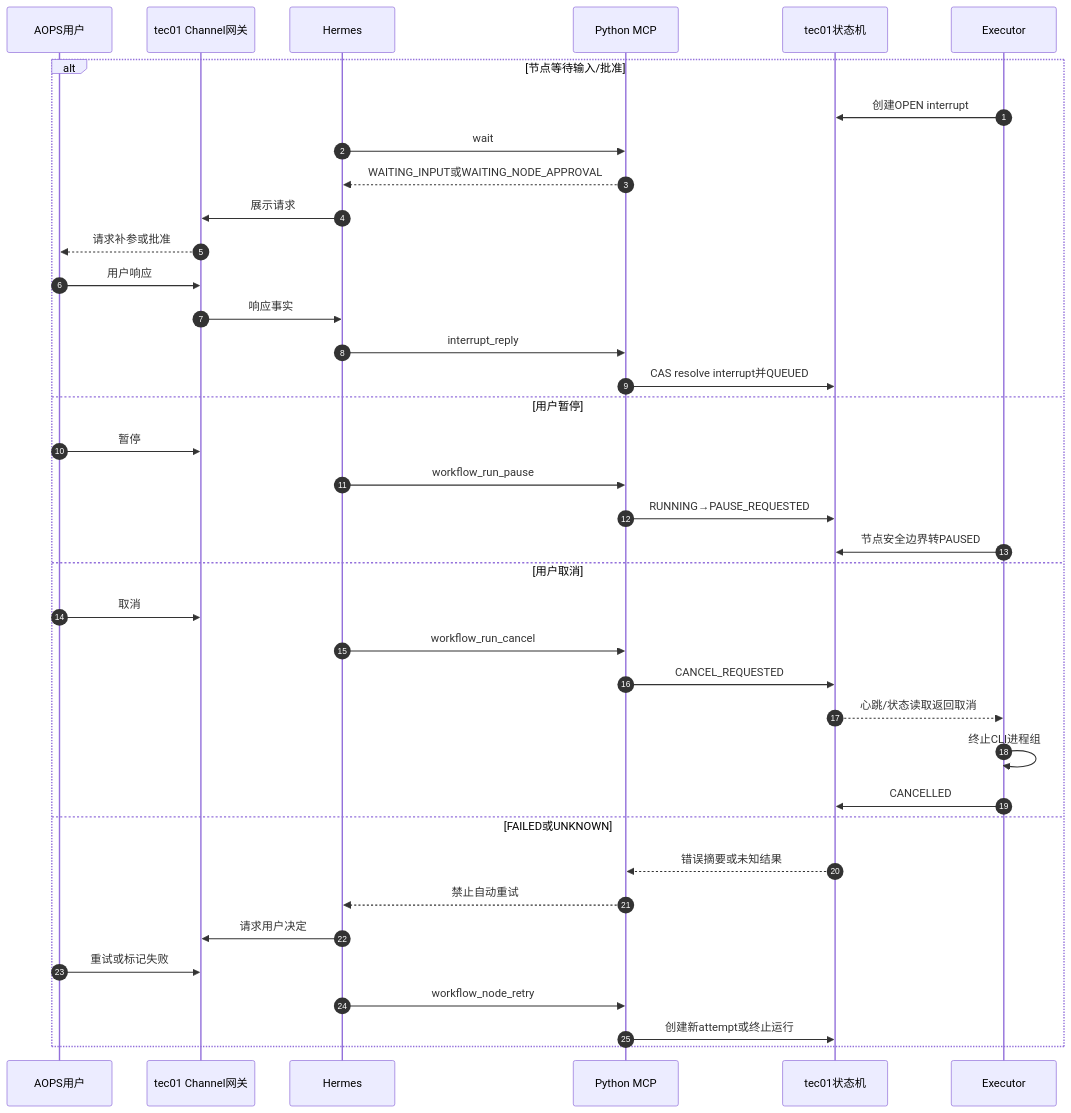
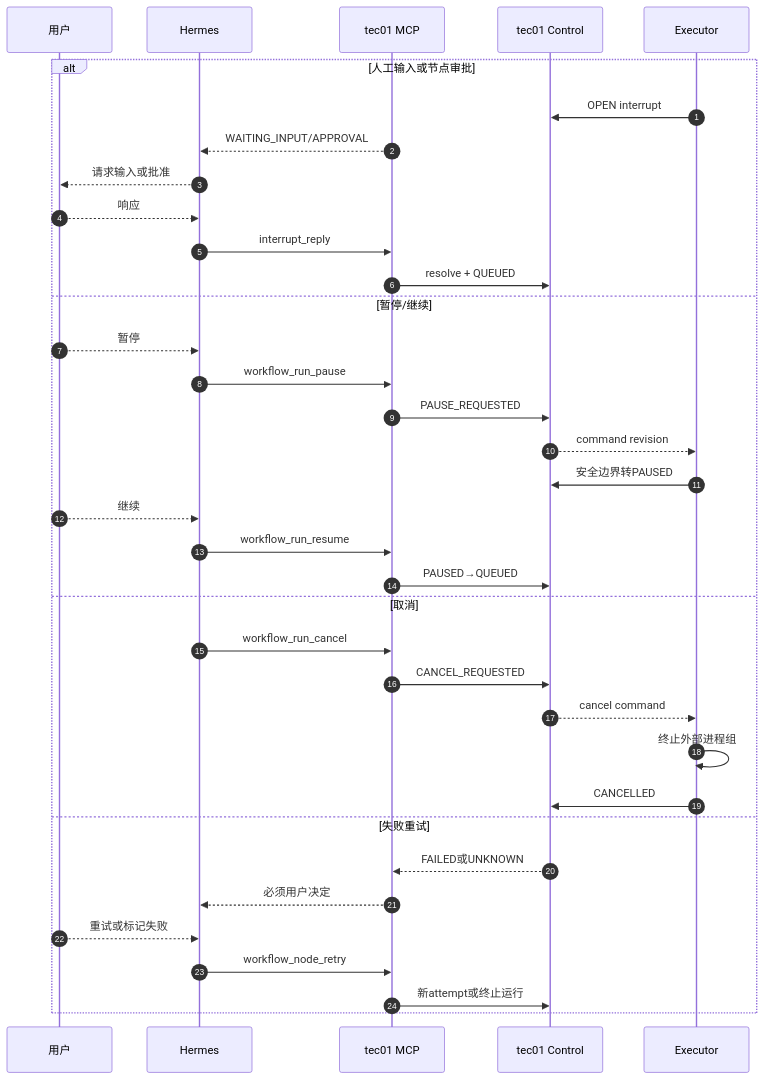
Before and after one commit to armin1024/itsm-workflow: the fifth of 7 diagrams in docs/tec01-control-plane-split.md, drawn with Mermaid. The commit also changed other lines of this file and 2 other files, not shown here.

Commit message:
docs: move MCP ownership to tec01 control plane

````diff
--- a/docs/tec01-control-plane-split.md
+++ b/docs/tec01-control-plane-split.md
@@ -302,41 +347,39 @@
 ```mermaid
 sequenceDiagram
     autonumber
-    participant U as AOPS用户
-    participant T as tec01 Channel网关
+    participant U as 用户
     participant H as Hermes
-    participant M as Python MCP
-    participant C as tec01状态机
+    participant M as tec01 MCP
+    participant C as tec01 Control
     participant E as Executor
 
-    alt 节点等待输入/批准
-        E->>C: 创建OPEN interrupt
-        H->>M: wait
-        M-->>H: WAITING_INPUT或WAITING_NODE_APPROVAL
-        H->>T: 展示请求
-        T-->>U: 请求补参或批准
-        U->>T: 用户响应
-        T->>H: 响应事实
+    alt 人工输入或节点审批
+        E->>C: OPEN interrupt
+        M-->>H: WAITING_INPUT/APPROVAL
+        H-->>U: 请求输入或批准
+        U-->>H: 响应
         H->>M: interrupt_reply
-        M->>C: CAS resolve interrupt并QUEUED
-    else 用户暂停
-        U->>T: 暂停
+        M->>C: resolve + QUEUED
+    else 暂停/继续
+        U-->>H: 暂停
         H->>M: workflow_run_pause
-        M->>C: RUNNING→PAUSE_REQUESTED
-        E->>C: 节点安全边界转PAUSED
-    else 用户取消
-        U->>T: 取消
+        M->>C: PAUSE_REQUESTED
+        C-->>E: command revision
+        E->>C: 安全边界转PAUSED
+        U-->>H: 继续
+        H->>M: workflow_run_resume
+        M->>C: PAUSED→QUEUED
+    else 取消
         H->>M: workflow_run_cancel
         M->>C: CANCEL_REQUESTED
-        C-->>E: 心跳/状态读取返回取消
-        E->>E: 终止CLI进程组
+        C-->>E: cancel command
+        E->>E: 终止外部进程组
         E->>C: CANCELLED
-    else FAILED或UNKNOWN
-        C-->>M: 错误摘要或未知结果
-        M-->>H: 禁止自动重试
-        H->>T: 请求用户决定
-        U->>T: 重试或标记失败
+    else 失败重试
+        C-->>M: FAILED或UNKNOWN
+        M-->>H: 必须用户决定
+        U-->>H: 重试或标记失败
         H->>M: workflow_node_retry
-        M->>C: 创建新attempt或终止运行
+        M->>C: 新attempt或终止运行
     end
 ```
````
